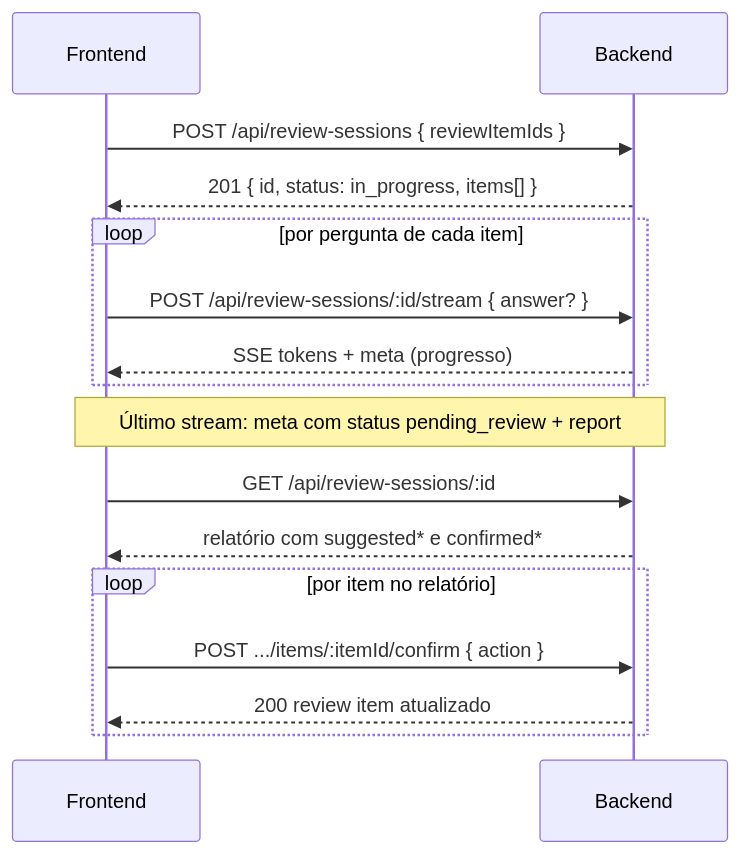
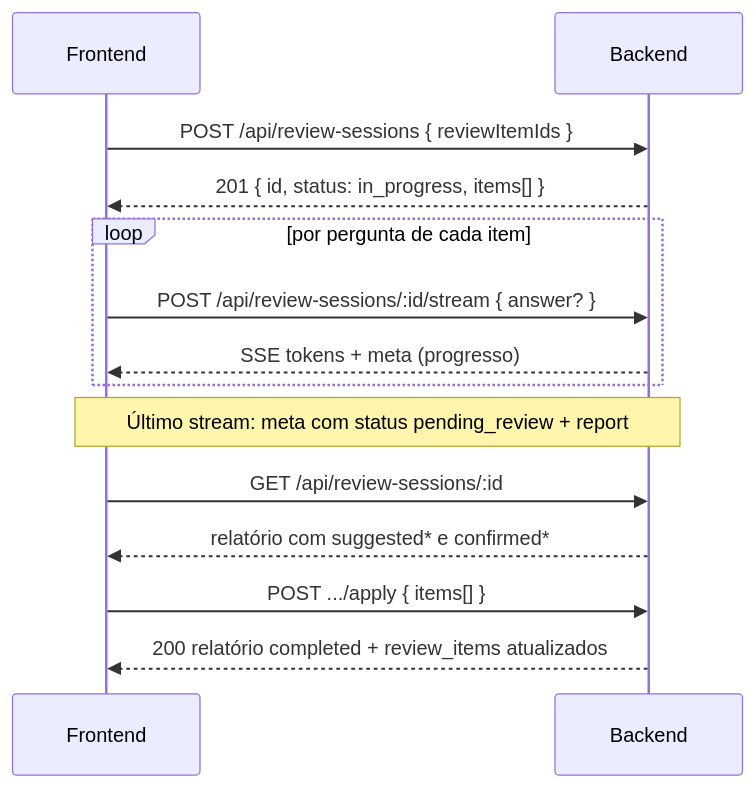
Before and after one commit to ProgramadoresSemPatria/HB01-2026-ai-mock-interview: the third of 3 diagrams in backend/docs/frontend-mock-interview-api.md, drawn with Mermaid. The commit also changed other lines of this file and 7 other files, not shown here.

Commit message:
feat(review-sessions): add bulk apply endpoint and remove per-item confirm

````diff
--- a/backend/docs/frontend-mock-interview-api.md
+++ b/backend/docs/frontend-mock-interview-api.md
@@ -627,22 +627,20 @@
 ```mermaid
 sequenceDiagram
   participant UI as Frontend
   participant API as Backend
 
   UI->>API: POST /api/review-sessions { reviewItemIds }
   API-->>UI: 201 { id, status: in_progress, items[] }
 
   loop por pergunta de cada item
     UI->>API: POST /api/review-sessions/:id/stream { answer? }
     API-->>UI: SSE tokens + meta (progresso)
   end
 
   Note over UI,API: Último stream: meta com status pending_review + report
   UI->>API: GET /api/review-sessions/:id
   API-->>UI: relatório com suggested* e confirmed*
 
-  loop por item no relatório
-    UI->>API: POST .../items/:itemId/confirm { action }
-    API-->>UI: 200 review item atualizado
-  end
+  UI->>API: POST .../apply { items[] }
+  API-->>UI: 200 relatório completed + review_items atualizados
 ```
````
